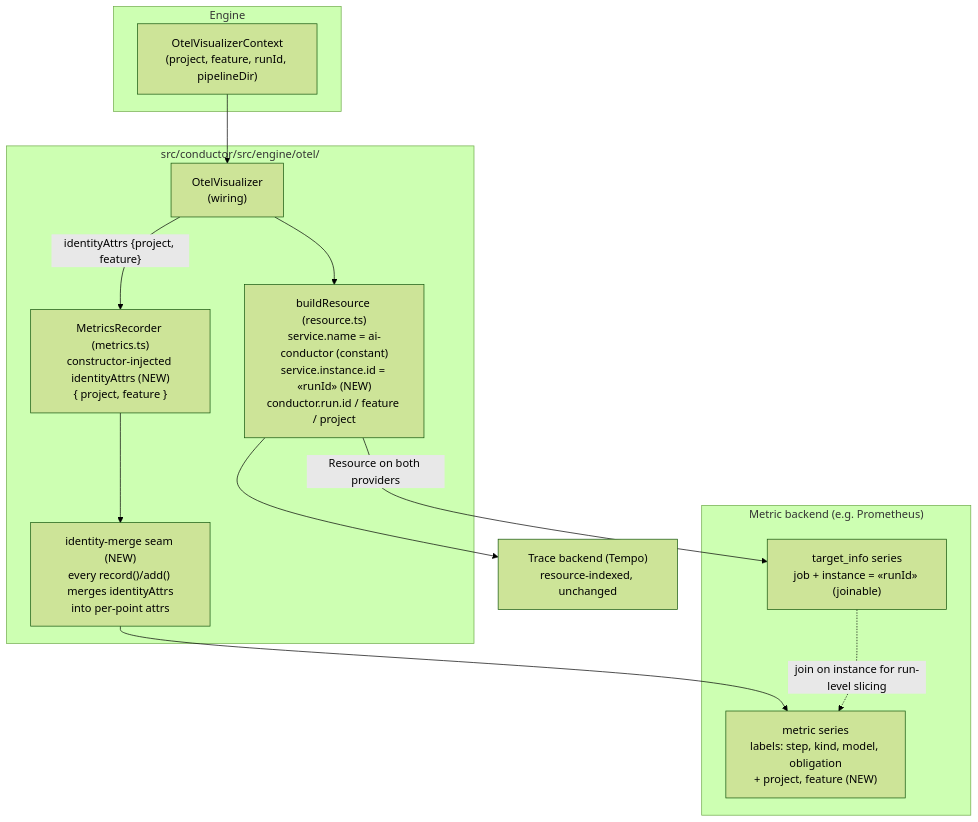
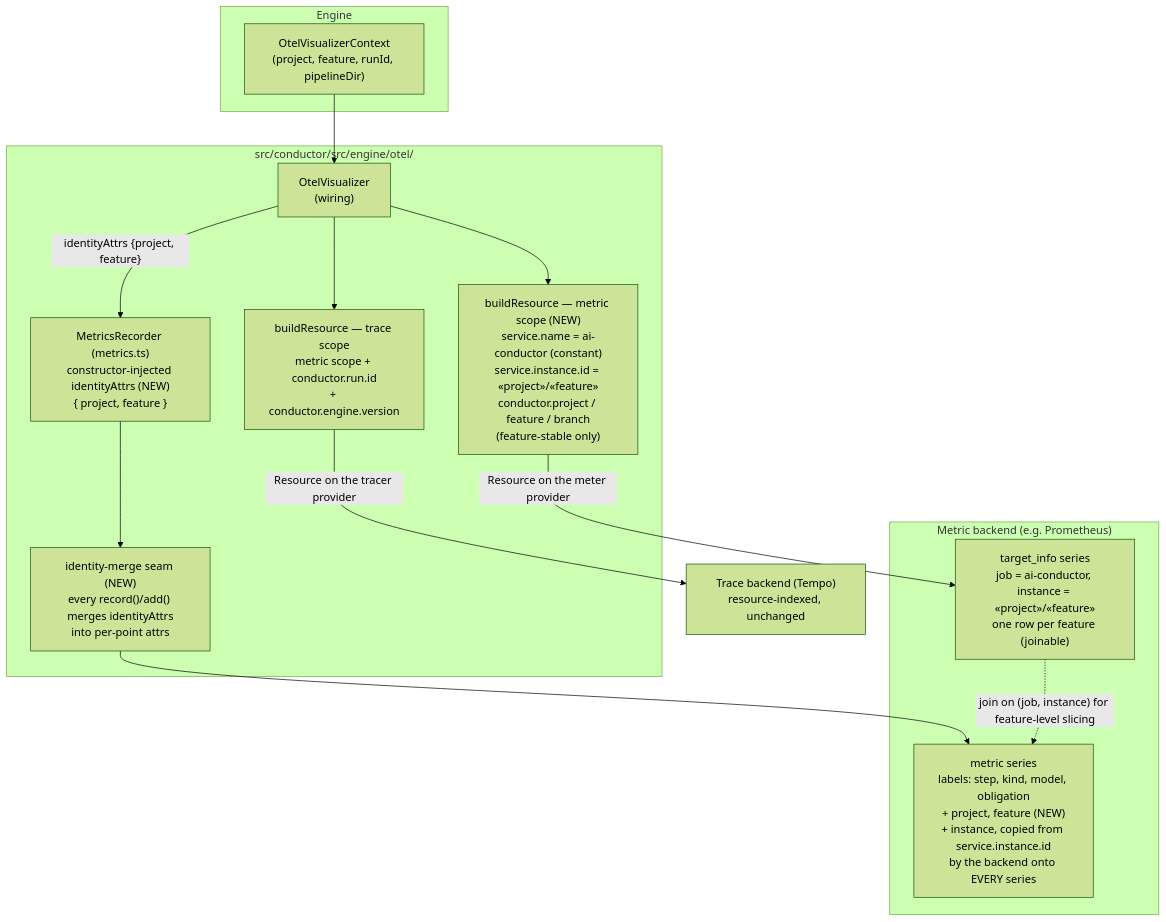
The diagram in .docs/architecture/every-project-reports-the-same-otel-identity-so-me.md (jstoup111/ai-conductor), drawn with Mermaid (forest theme) before and after one commit. The commit also changed other lines of this file and 18 other files, not shown here.

First line of the commit message:
fix(otel): stabilize metric resource identity (#1971)

````diff
--- a/.docs/architecture/every-project-reports-the-same-otel-identity-so-me.md
+++ b/.docs/architecture/every-project-reports-the-same-otel-identity-so-me.md
@@ -10,29 +10,31 @@
 ```mermaid
 graph TD
     subgraph Engine
         CTX["OtelVisualizerContext<br/>(project, feature, runId, pipelineDir)"]
     end
 
     subgraph otel["src/conductor/src/engine/otel/"]
         VIS["OtelVisualizer<br/>(wiring)"]
-        RES["buildResource (resource.ts)<br/>service.name = ai-conductor (constant)<br/>service.instance.id = «runId» (NEW)<br/>conductor.run.id / feature / project"]
+        RESM["buildResource — metric scope (NEW)<br/>service.name = ai-conductor (constant)<br/>service.instance.id = «project»/«feature»<br/>conductor.project / feature / branch<br/>(feature-stable only)"]
+        REST["buildResource — trace scope<br/>metric scope + conductor.run.id<br/>+ conductor.engine.version"]
         MRC["MetricsRecorder (metrics.ts)<br/>constructor-injected identityAttrs (NEW)<br/>{ project, feature }"]
         SEAM["identity-merge seam (NEW)<br/>every record()/add() merges identityAttrs<br/>into per-point attrs"]
     end
 
     subgraph Backend["Metric backend (e.g. Prometheus)"]
-        TI["target_info series<br/>job + instance = «runId» (joinable)"]
-        DP["metric series<br/>labels: step, kind, model, obligation<br/>+ project, feature (NEW)"]
+        TI["target_info series<br/>job = ai-conductor, instance = «project»/«feature»<br/>one row per feature (joinable)"]
+        DP["metric series<br/>labels: step, kind, model, obligation<br/>+ project, feature (NEW)<br/>+ instance, copied from service.instance.id<br/>by the backend onto EVERY series"]
     end
 
     TEMPO["Trace backend (Tempo)<br/>resource-indexed, unchanged"]
 
     CTX --> VIS
-    VIS --> RES
+    VIS --> RESM
+    VIS --> REST
     VIS -->|"identityAttrs {project, feature}"| MRC
     MRC --> SEAM
-    RES -->|Resource on both providers| TI
-    RES --> TEMPO
+    RESM -->|Resource on the meter provider| TI
+    REST -->|Resource on the tracer provider| TEMPO
     SEAM --> DP
-    TI -.->|"join on instance for run-level slicing"| DP
+    TI -.->|"join on (job, instance) for feature-level slicing"| DP
 ```
````
